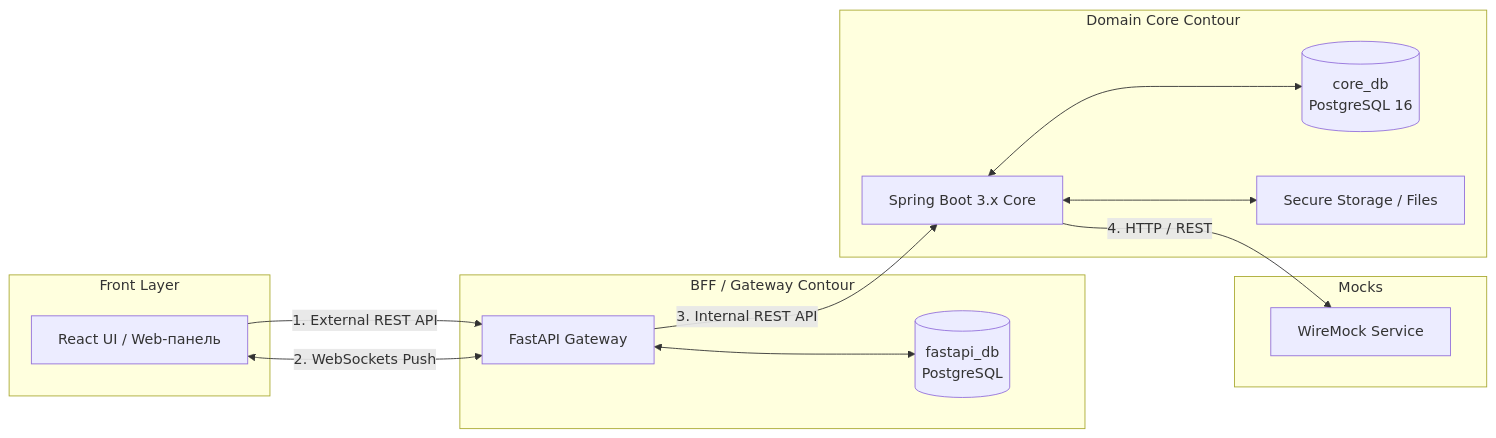
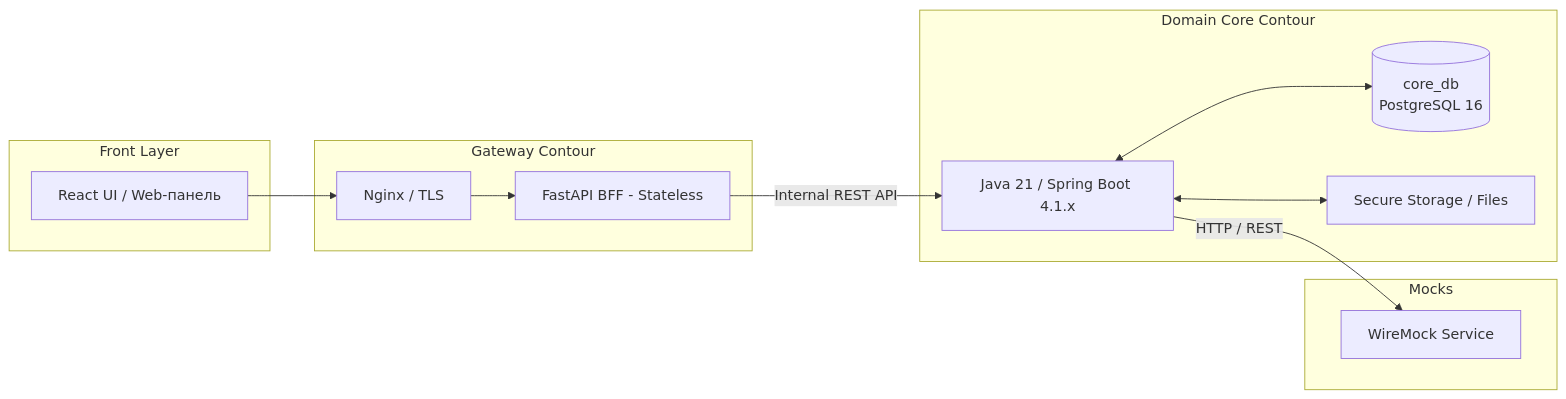
Before and after one commit to B2B-Order-Flow/B2B-Order-Flow: the second of 2 diagrams in docs/architecture/system-design.md, drawn with Mermaid. The commit also changed other lines of this file and 2 other files, not shown here.

````diff
--- a/docs/architecture/system-design.md
+++ b/docs/architecture/system-design.md
@@ -50,31 +50,29 @@
 ```mermaid
 graph LR
     subgraph Client_Layer [Front Layer]
         UI[React UI / Web-панель]
     end
 
-    subgraph Gateway_Layer [BFF / Gateway Contour]
-        FastAPI[FastAPI Gateway]
-        DB_BFF[(fastapi_db\nPostgreSQL)]
-        FastAPI <--> DB_BFF
+    subgraph Gateway_Layer [Gateway Contour]
+        Nginx[Nginx / TLS]
+        FastAPI[FastAPI BFF - Stateless]
+        Nginx --> FastAPI
     end
 
     subgraph Core_Layer [Domain Core Contour]
-        SpringBoot[Spring Boot 3.x Core]
+        SpringBoot[Java 21 / Spring Boot 4.1.x]
         DB_Core[(core_db\nPostgreSQL 16)]
         FS[Secure Storage / Files]
         
         SpringBoot <--> DB_Core
         SpringBoot <--> FS
     end
 
     subgraph Mock_Layer [Mocks]
         WireMock[WireMock Service]
     end
 
-    UI -->|1. External REST API| FastAPI
-    UI <-->|2. WebSockets Push| FastAPI
-    FastAPI -->|3. Internal REST API| SpringBoot
-    SpringBoot -->|4. HTTP / REST| WireMock
-
+    UI --> Nginx
+    FastAPI -->|Internal REST API| SpringBoot
+    SpringBoot -->|HTTP / REST| WireMock
 ```
````
